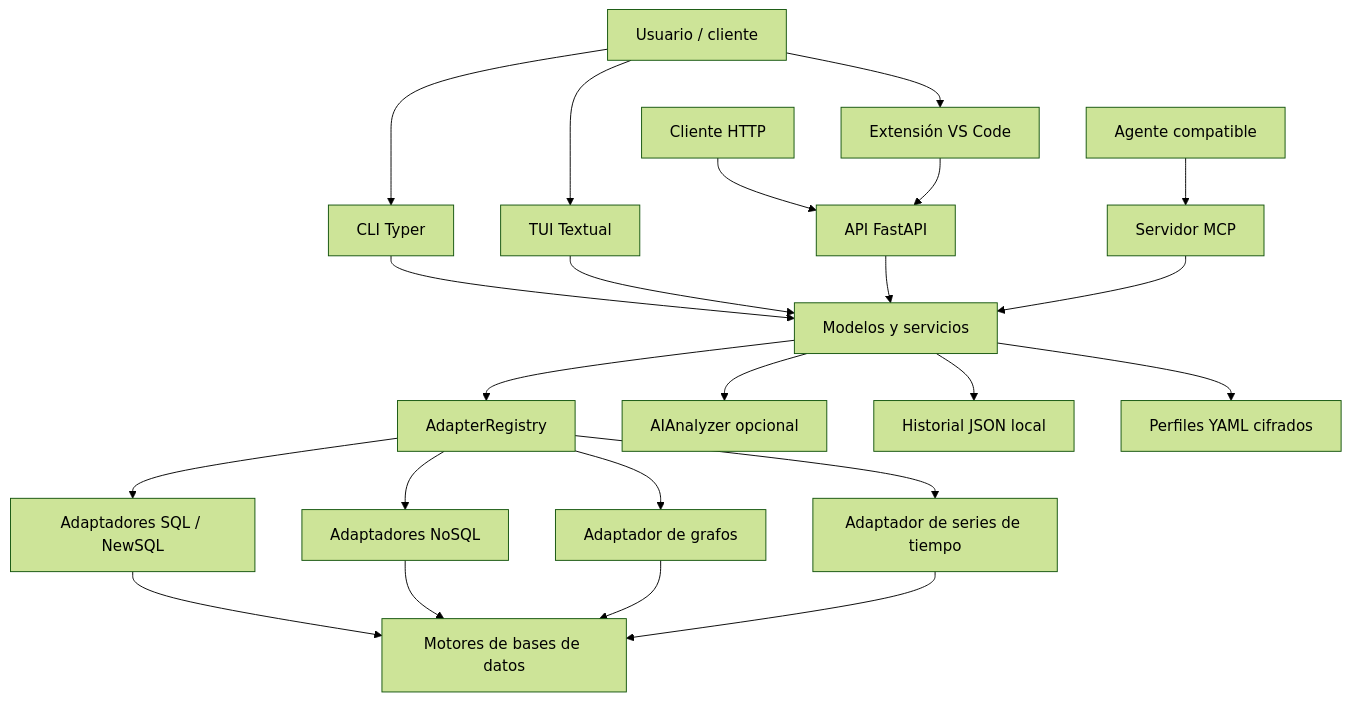
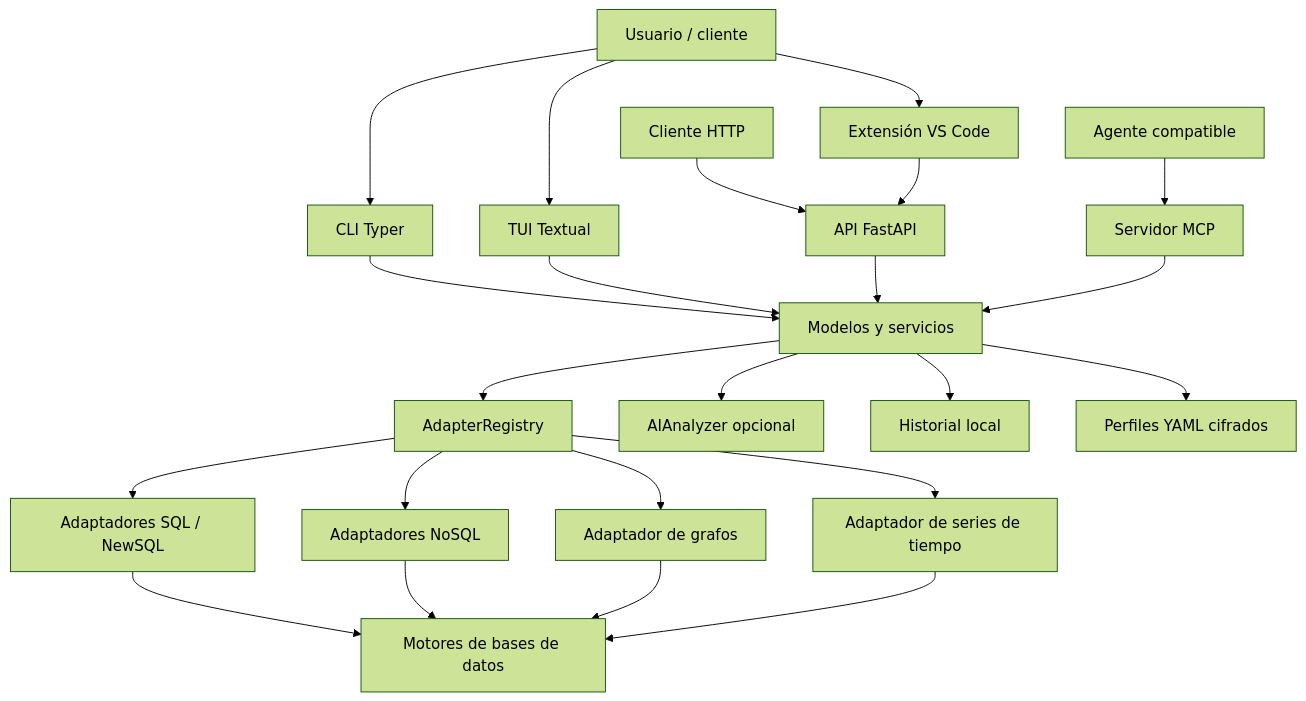
Before and after one commit to UPT-FAING-EPIS/proyecto-si783-2026-i-u3-analizador-de-rendimiento-de-consultas-1: the diagram in docs/FD05-EPIS-Informe ProyectoFinal.md, drawn with Mermaid (forest theme). The commit also changed other lines of this file, not shown here.

````diff
--- a/docs/FD05-EPIS-Informe ProyectoFinal.md
+++ b/docs/FD05-EPIS-Informe ProyectoFinal.md
@@ -361,29 +337,29 @@
 ```mermaid
 flowchart TD
     U["Usuario / cliente"] --> CLI["CLI Typer"]
     U --> TUI["TUI Textual"]
     U --> VSC["Extensión VS Code"]
     AG["Agente compatible"] --> MCP["Servidor MCP"]
     C["Cliente HTTP"] --> API["API FastAPI"]
 
     CLI --> CORE["Modelos y servicios"]
     TUI --> CORE
     API --> CORE
     MCP --> CORE
     VSC --> API
 
     CORE --> REG["AdapterRegistry"]
     REG --> SQL["Adaptadores SQL / NewSQL"]
     REG --> NOSQL["Adaptadores NoSQL"]
     REG --> GRAPH["Adaptador de grafos"]
     REG --> TS["Adaptador de series de tiempo"]
 
     SQL --> DB["Motores de bases de datos"]
     NOSQL --> DB
     GRAPH --> DB
     TS --> DB
 
     CORE --> AI["AIAnalyzer opcional"]
-    CORE --> HIST["Historial JSON local"]
+    CORE --> HIST["Historial local"]
     CORE --> CFG["Perfiles YAML cifrados"]
 ```
````
